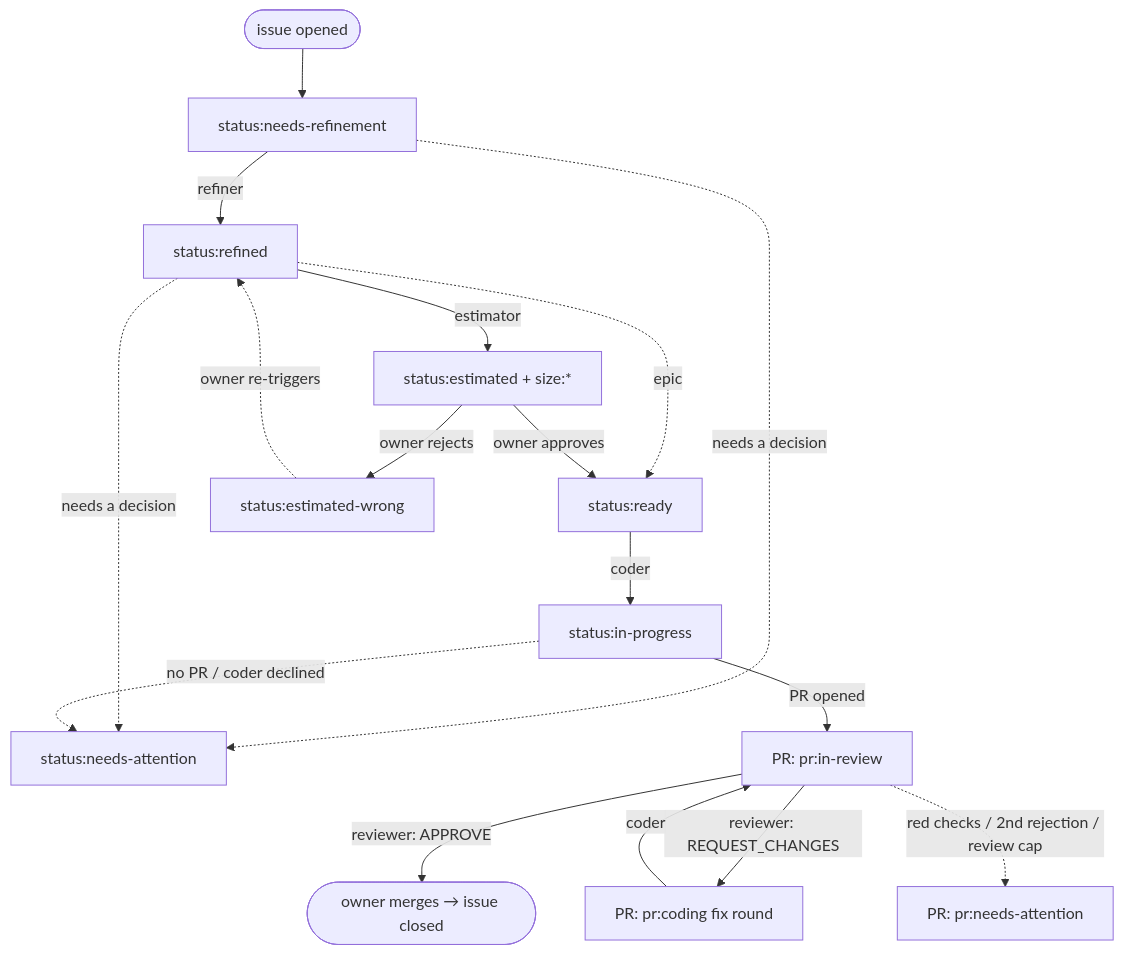
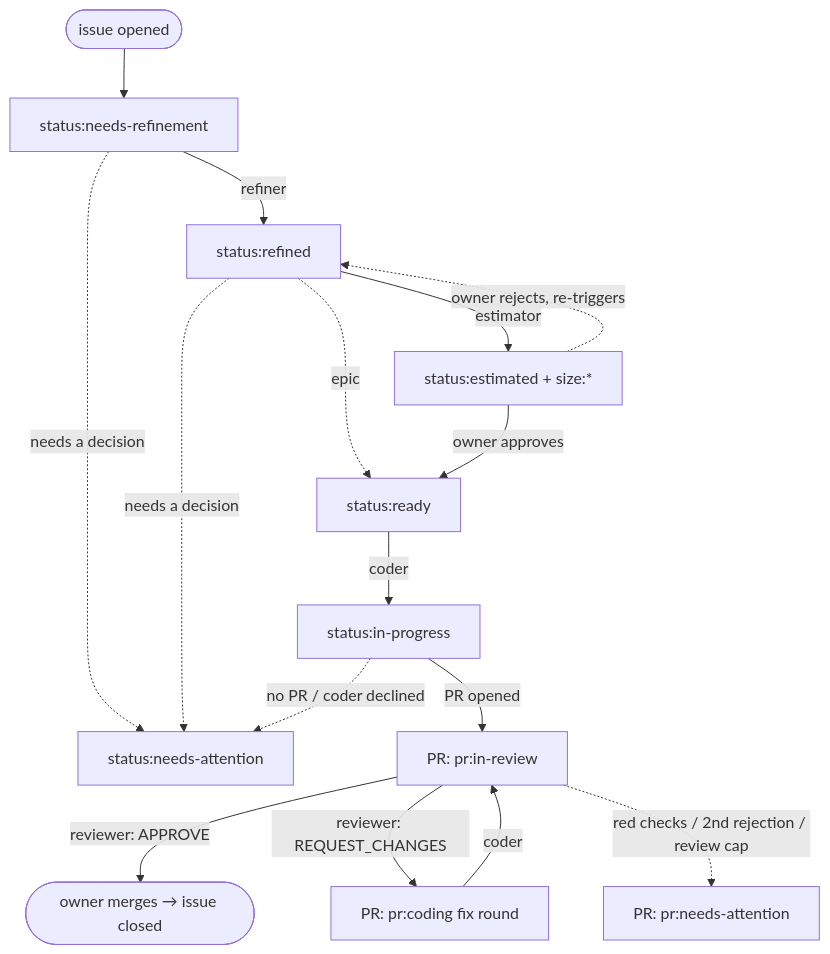
One commit to abi83/interns changed the diagram in README.md. Above: the diagram before and after it, drawn with Mermaid. The commit also changed other lines of this file and 2 other files, not shown here.

Commit message:
chore: drop the unused status:estimated-wrong label
Nothing set or triggered on this label — the estimator only ever does the
approve-path handoff, and a rejected estimate is handled by the owner
re-triggering refinement/estimation (or by status:needs-attention). Remove
it from the manifest (version 1 -> 2), the README state machine, and the
test fixture that borrowed it as an off-list example.

````diff
--- a/README.md
+++ b/README.md
@@ -29,19 +29,18 @@
 ```mermaid
 flowchart TD
     new([issue opened]) --> nr[status:needs-refinement]
     nr -->|refiner| refined[status:refined]
     nr -.->|needs a decision| na[status:needs-attention]
     refined -->|estimator| est[status:estimated + size:*]
     refined -.->|epic| ready
     refined -.->|needs a decision| na
     est -->|owner approves| ready[status:ready]
-    est -->|owner rejects| wrong[status:estimated-wrong]
-    wrong -.->|owner re-triggers| refined
+    est -.->|owner rejects, re-triggers| refined
     ready -->|coder| inprog[status:in-progress]
     inprog -->|PR opened| review[PR: pr:in-review]
     review -->|reviewer: APPROVE| merge([owner merges → issue closed])
     review -->|reviewer: REQUEST_CHANGES| fix[PR: pr:coding fix round]
     fix -->|coder| review
     review -.->|red checks / 2nd rejection / review cap| prna[PR: pr:needs-attention]
     inprog -.->|no PR / coder declined| na
 ```
````
